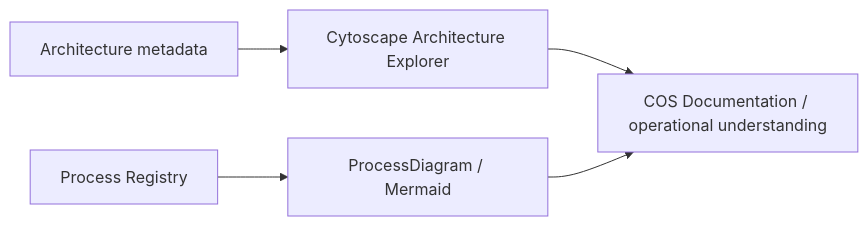
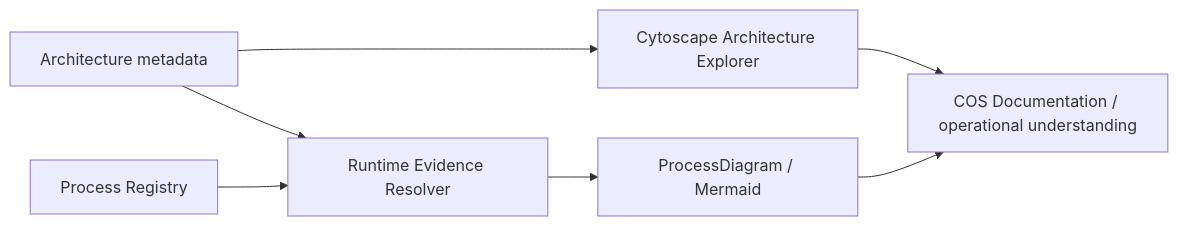
The third of 3 diagrams in docs/02-workflows/business-process-modeling.md (Murakhovsky/TerraNova2026), drawn with Mermaid before and after one commit. The commit also changed other lines of this file and 13 other files, not shown here.

First line of the commit message:
Visualization V0.5 — Process Runtime Evidence

````diff
--- a/docs/02-workflows/business-process-modeling.md
+++ b/docs/02-workflows/business-process-modeling.md
@@ -163,7 +195,9 @@
 ```mermaid
 flowchart LR
     A[Architecture metadata] --> B[Cytoscape Architecture Explorer]
-    C[Process Registry] --> D[ProcessDiagram / Mermaid]
-    B --> E[COS Documentation / operational understanding]
-    D --> E
+    C[Process Registry] --> D[Runtime Evidence Resolver]
+    D --> E[ProcessDiagram / Mermaid]
+    B --> F[COS Documentation / operational understanding]
+    E --> F
+    A --> D
 ```
````
